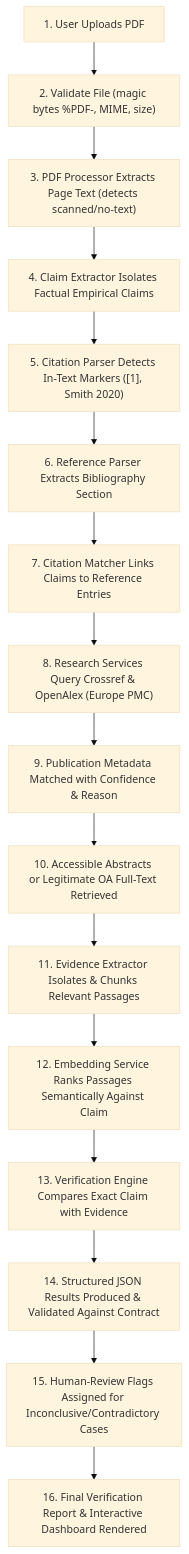
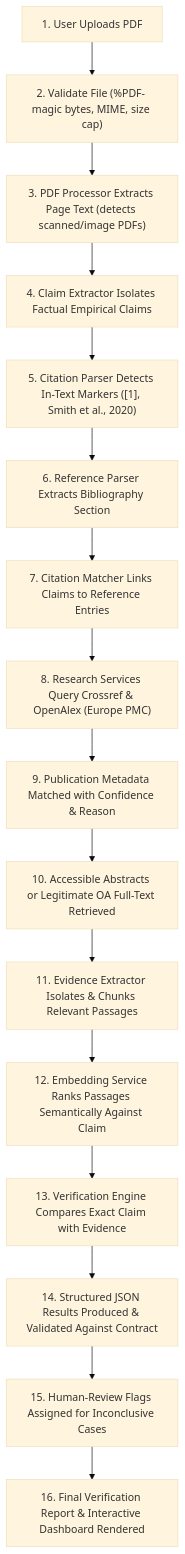
The second of 2 diagrams in README.md (bharathshiv12/CiteVerify-AI), drawn with Mermaid (base theme) before and after one commit. The commit also changed other lines of this file, not shown here.

Commit message:
docs: evaluator-grade README overhaul, architecture diagram, verified test matrix, and branch audit

````diff
--- a/README.md
+++ b/README.md
@@ -14,18 +103,18 @@
 ```mermaid
 flowchart TD
-    S1["1. User Uploads PDF"] --> S2["2. Validate File (magic bytes %PDF-, MIME, size)"]
-    S2 --> S3["3. PDF Processor Extracts Page Text (detects scanned/no-text)"]
+    S1["1. User Uploads PDF"] --> S2["2. Validate File (%PDF- magic bytes, MIME, size cap)"]
+    S2 --> S3["3. PDF Processor Extracts Page Text (detects scanned/image PDFs)"]
     S3 --> S4["4. Claim Extractor Isolates Factual Empirical Claims"]
-    S4 --> S5["5. Citation Parser Detects In-Text Markers ([1], Smith 2020)"]
+    S4 --> S5["5. Citation Parser Detects In-Text Markers ([1], Smith et al., 2020)"]
     S5 --> S6["6. Reference Parser Extracts Bibliography Section"]
     S6 --> S7["7. Citation Matcher Links Claims to Reference Entries"]
     S7 --> S8["8. Research Services Query Crossref & OpenAlex (Europe PMC)"]
     S8 --> S9["9. Publication Metadata Matched with Confidence & Reason"]
     S9 --> S10["10. Accessible Abstracts or Legitimate OA Full-Text Retrieved"]
     S10 --> S11["11. Evidence Extractor Isolates & Chunks Relevant Passages"]
     S11 --> S12["12. Embedding Service Ranks Passages Semantically Against Claim"]
     S12 --> S13["13. Verification Engine Compares Exact Claim with Evidence"]
     S13 --> S14["14. Structured JSON Results Produced & Validated Against Contract"]
-    S14 --> S15["15. Human-Review Flags Assigned for Inconclusive/Contradictory Cases"]
+    S14 --> S15["15. Human-Review Flags Assigned for Inconclusive Cases"]
     S15 --> S16["16. Final Verification Report & Interactive Dashboard Rendered"]
 ```
````
